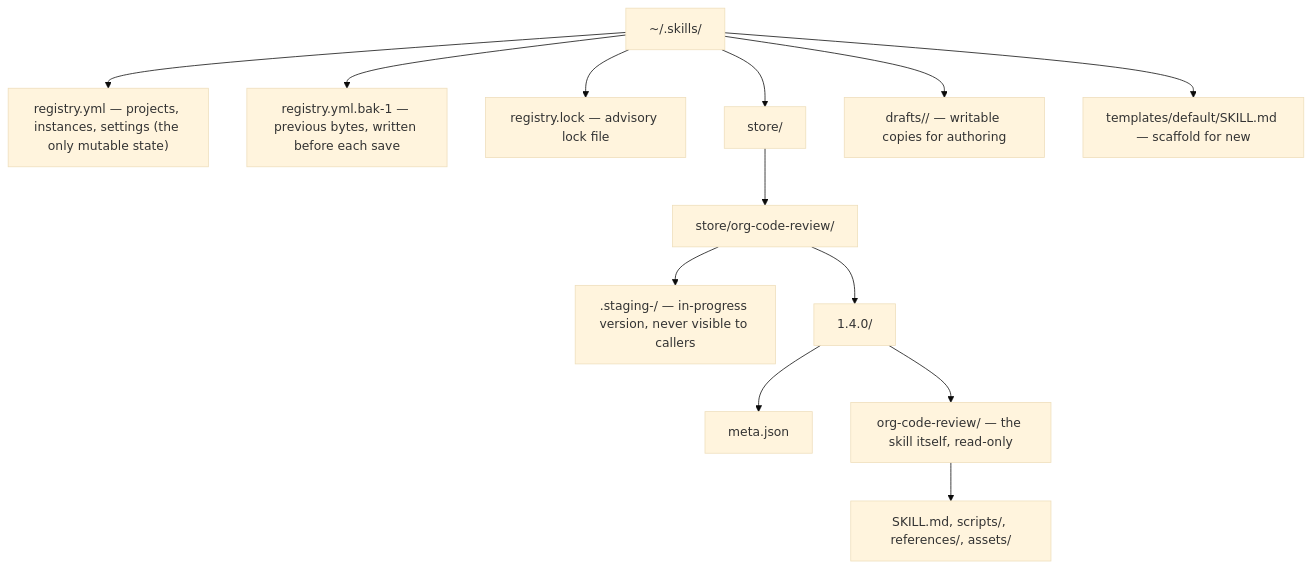
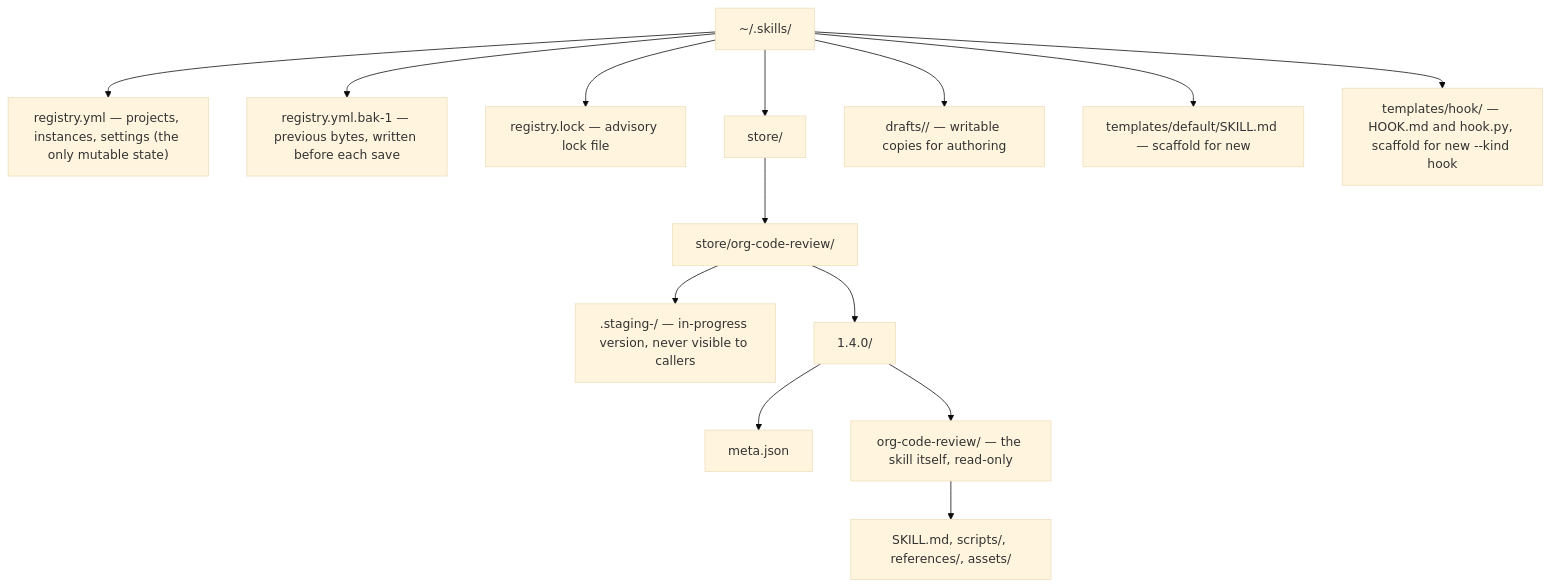
Before and after one commit to abindran/skillctl: the first of 5 diagrams in wiki/Storage-and-Registry.md, drawn with Mermaid (base theme). The commit also changed other lines of this file and 26 other files, not shown here.

````diff
--- a/wiki/Storage-and-Registry.md
+++ b/wiki/Storage-and-Registry.md
@@ -7,15 +7,16 @@
 ```mermaid
 flowchart TD
     H["~/.skills/"] --> R["registry.yml — projects, instances, settings (the only mutable state)"]
     H --> B["registry.yml.bak-1 — previous bytes, written before each save"]
     H --> L["registry.lock — advisory lock file"]
     H --> S["store/"]
     H --> D["drafts/<skill>/ — writable copies for authoring"]
     H --> T["templates/default/SKILL.md — scaffold for new"]
+    H --> TH["templates/hook/ — HOOK.md and hook.py, scaffold for new --kind hook"]
     S --> N["store/org-code-review/"]
     N --> ST[".staging-<random>/ — in-progress version, never visible to callers"]
     N --> V["1.4.0/"]
     V --> M["meta.json"]
     V --> K["org-code-review/ — the skill itself, read-only"]
     K --> SM["SKILL.md, scripts/, references/, assets/"]
 ```
````
